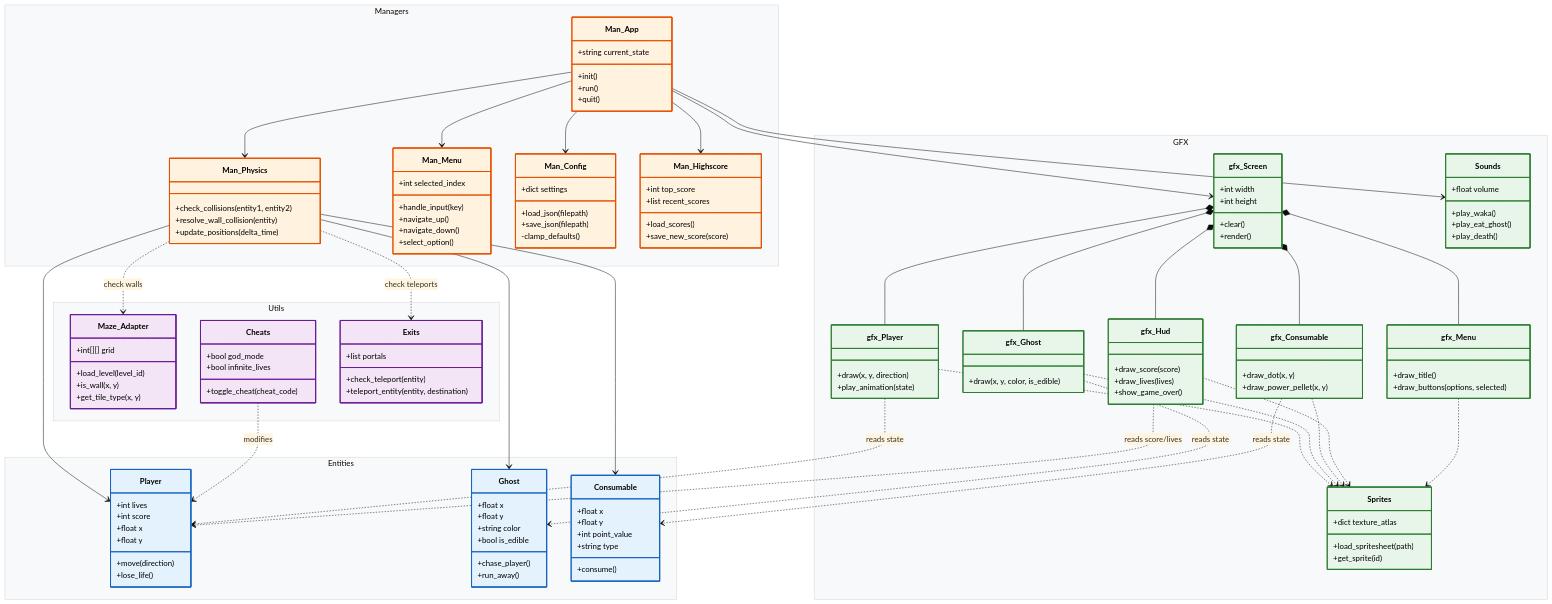
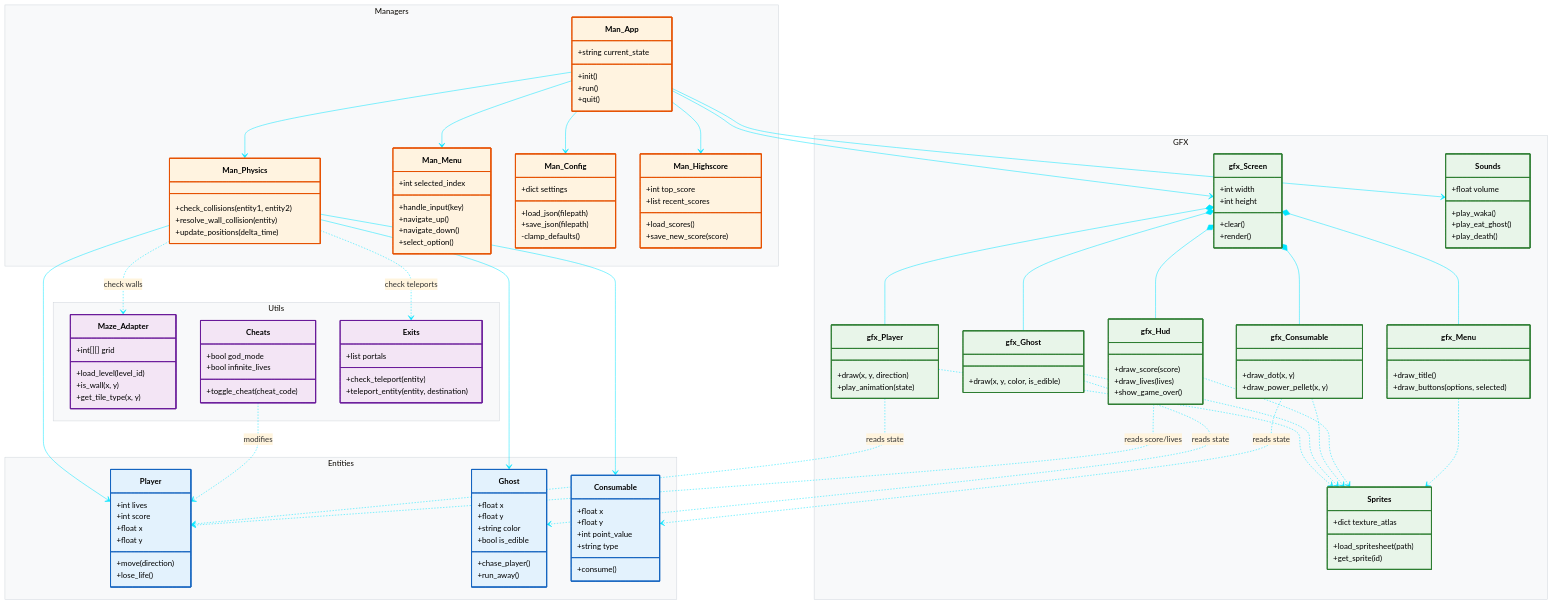
The diagram in README.md (OlekKruh/FTPacMan), drawn with Mermaid before and after one commit.

Commit message:
README update

````diff
--- a/README.md
+++ b/README.md
@@ -1,5 +1,5 @@
 ```mermaid
-%%{init: {'theme': 'base', 'themeVariables': { 'clusterBkg': '#f8f9fa', 'clusterBorder': '#ced4da'}}}%%
+%%{init: {'theme': 'base', 'themeVariables': { 'clusterBkg': '#f8f9fa', 'clusterBorder': '#ced4da', 'lineColor': '#00E5FF'}}}%%
 classDiagram
     namespace Entities {
         class Player {
````
